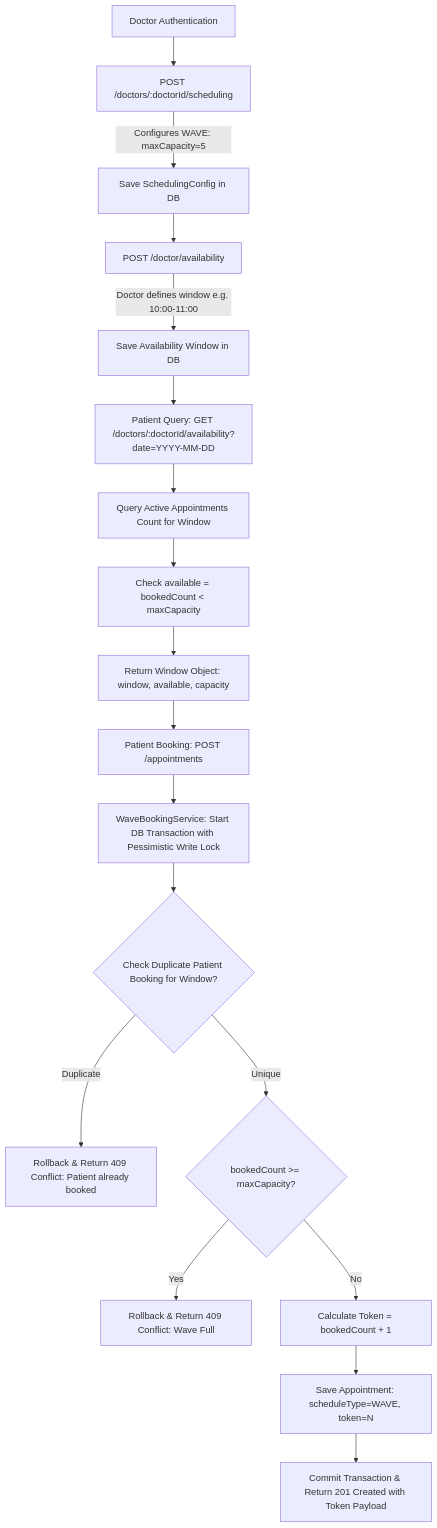
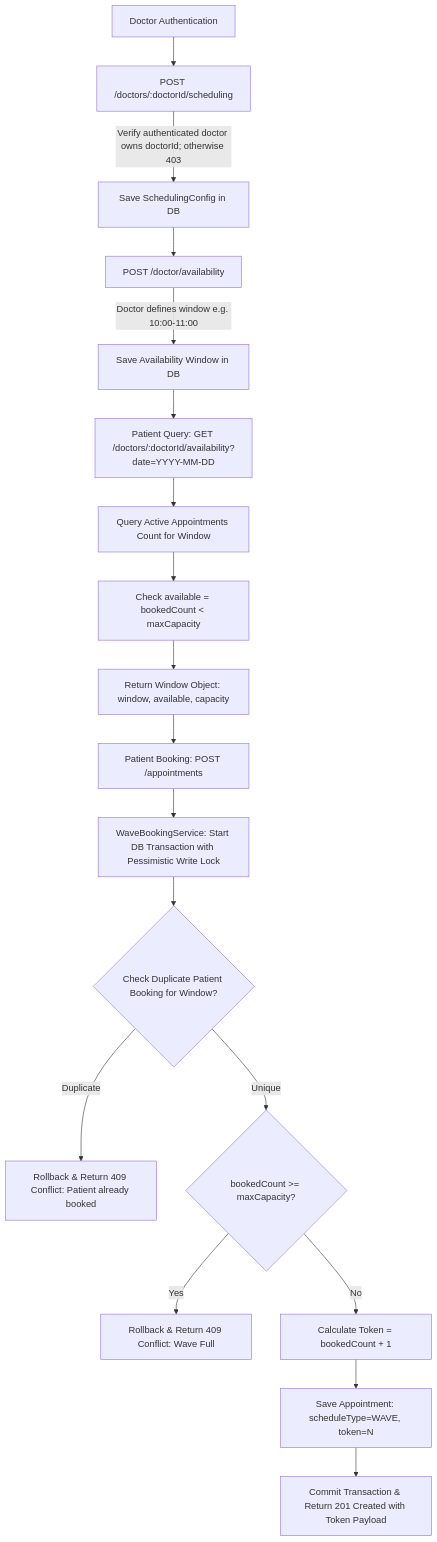
The second of 2 diagrams in docs/FLOWCHARTS.md (Jagadeesh729/schedula-jagadeesh), drawn with Mermaid before and after one commit. The commit also changed other lines of this file and 15 other files, not shown here.

First line of the commit message:
fix(scheduling): harden authorization and wave booking integrity

````diff
--- a/docs/FLOWCHARTS.md
+++ b/docs/FLOWCHARTS.md
@@ -41,20 +41,20 @@
 ```mermaid
 graph TD
     A[Doctor Authentication] --> B[POST /doctors/:doctorId/scheduling]
-    B -->|Configures WAVE: maxCapacity=5| C[Save SchedulingConfig in DB]
+    B -->|Verify authenticated doctor owns doctorId; otherwise 403| C[Save SchedulingConfig in DB]
     C --> D[POST /doctor/availability]
     D -->|Doctor defines window e.g. 10:00-11:00| E[Save Availability Window in DB]
     E --> F[Patient Query: GET /doctors/:doctorId/availability?date=YYYY-MM-DD]
     F --> G[Query Active Appointments Count for Window]
     G --> H[Check available = bookedCount < maxCapacity]
     H --> I[Return Window Object: window, available, capacity]
     I --> J[Patient Booking: POST /appointments]
     J --> K[WaveBookingService: Start DB Transaction with Pessimistic Write Lock]
     K --> L{Check Duplicate Patient Booking for Window?}
     L -- Duplicate --> M[Rollback & Return 409 Conflict: Patient already booked]
     L -- Unique --> N{bookedCount >= maxCapacity?}
     N -- Yes --> O[Rollback & Return 409 Conflict: Wave Full]
     N -- No --> P[Calculate Token = bookedCount + 1]
     P --> Q[Save Appointment: scheduleType=WAVE, token=N]
     Q --> R[Commit Transaction & Return 201 Created with Token Payload]
 ```
````
